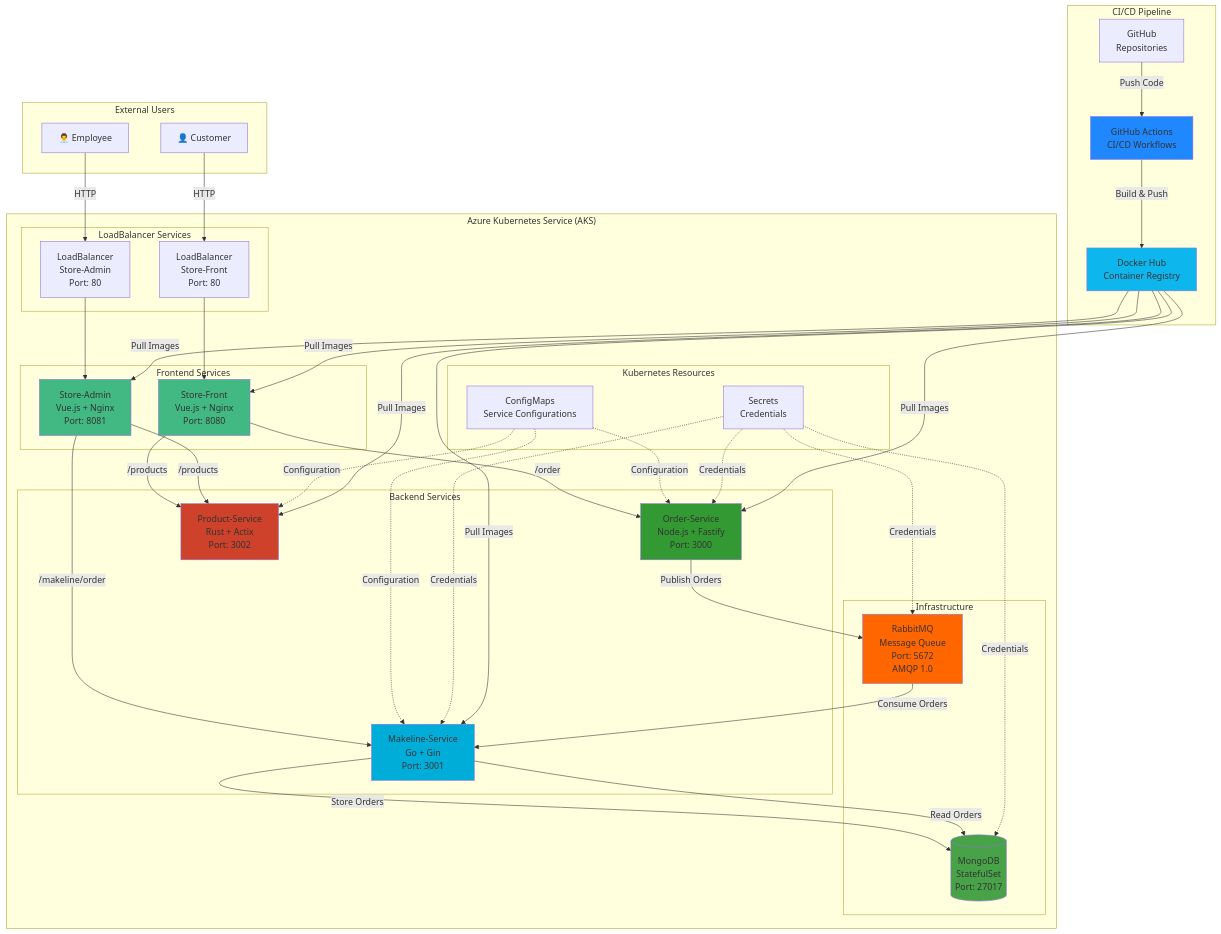
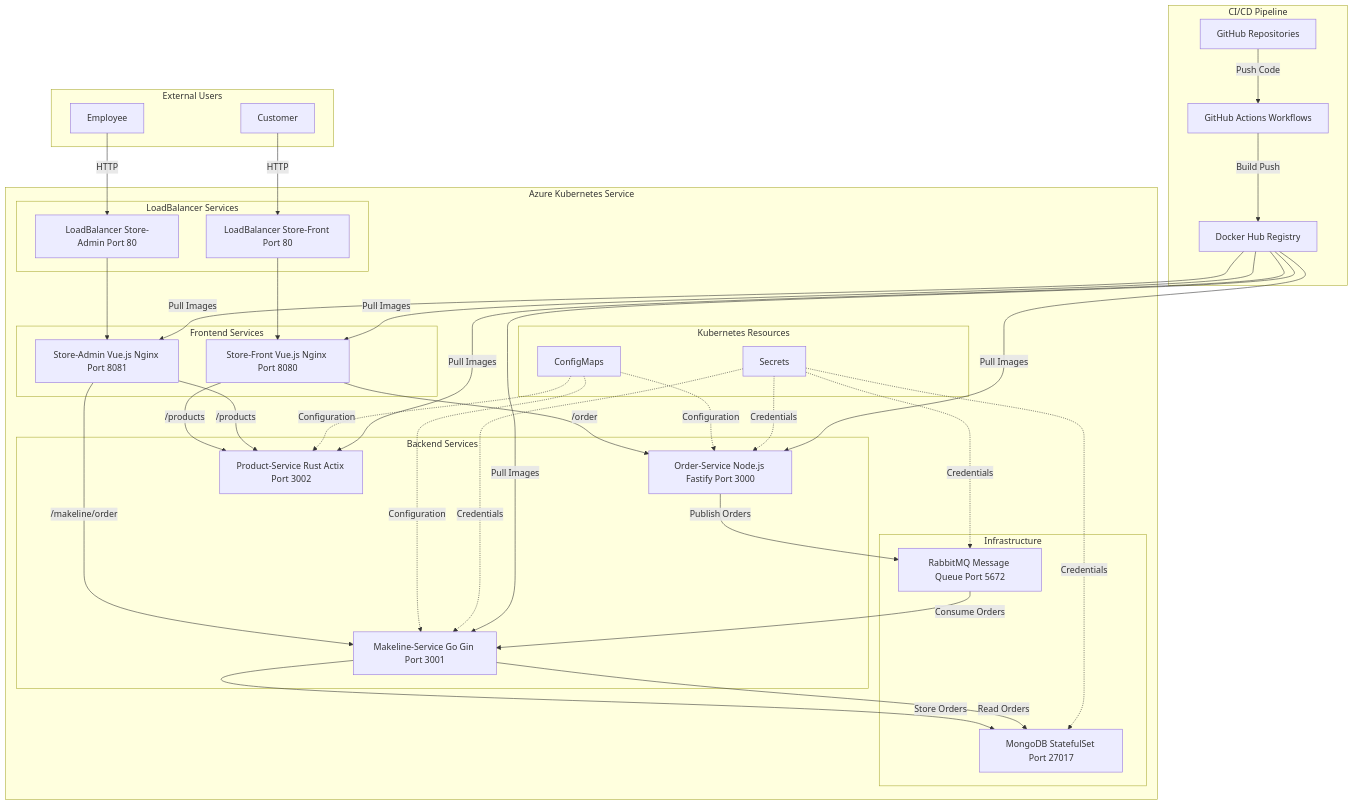
Before and after one commit to nada0038/Best-Buy: the diagram in architecture-diagram.md, drawn with Mermaid. The commit also changed other lines of this file and 6 other files, not shown here.

Commit message:
Update README with lab project requirements, simplify architecture diagram, and fix RabbitMQ deployment

````diff
--- a/architecture-diagram.md
+++ b/architecture-diagram.md
@@ -5,82 +3,72 @@
 ```mermaid
 graph TB
     subgraph "External Users"
-        Customer[👤 Customer]
-        Employee[👨‍💼 Employee]
+        Customer[Customer]
+        Employee[Employee]
     end
 
-    subgraph "Azure Kubernetes Service (AKS)"
+    subgraph "Azure Kubernetes Service"
         subgraph "LoadBalancer Services"
-            LB_Front[LoadBalancer<br/>Store-Front<br/>Port: 80]
-            LB_Admin[LoadBalancer<br/>Store-Admin<br/>Port: 80]
+            LB_Front[LoadBalancer Store-Front Port 80]
+            LB_Admin[LoadBalancer Store-Admin Port 80]
         end
 
         subgraph "Frontend Services"
-            StoreFront[Store-Front<br/>Vue.js + Nginx<br/>Port: 8080]
-            StoreAdmin[Store-Admin<br/>Vue.js + Nginx<br/>Port: 8081]
+            StoreFront[Store-Front Vue.js Nginx Port 8080]
+            StoreAdmin[Store-Admin Vue.js Nginx Port 8081]
         end
 
         subgraph "Backend Services"
-            OrderService[Order-Service<br/>Node.js + Fastify<br/>Port: 3000]
-            ProductService[Product-Service<br/>Rust + Actix<br/>Port: 3002]
-            MakelineService[Makeline-Service<br/>Go + Gin<br/>Port: 3001]
+            OrderService[Order-Service Node.js Fastify Port 3000]
+            ProductService[Product-Service Rust Actix Port 3002]
+            MakelineService[Makeline-Service Go Gin Port 3001]
         end
 
         subgraph "Infrastructure"
-            RabbitMQ[RabbitMQ<br/>Message Queue<br/>Port: 5672<br/>AMQP 1.0]
-            MongoDB[(MongoDB<br/>StatefulSet<br/>Port: 27017)]
+            RabbitMQ[RabbitMQ Message Queue Port 5672]
+            MongoDB[MongoDB StatefulSet Port 27017]
         end
 
         subgraph "Kubernetes Resources"
-            ConfigMaps[ConfigMaps<br/>Service Configurations]
-            Secrets[Secrets<br/>Credentials]
+            ConfigMaps[ConfigMaps]
+            Secrets[Secrets]
         end
     end
 
     subgraph "CI/CD Pipeline"
-        GitHub[GitHub<br/>Repositories]
-        GitHubActions[GitHub Actions<br/>CI/CD Workflows]
-        DockerHub[Docker Hub<br/>Container Registry]
+        GitHub[GitHub Repositories]
+        GitHubActions[GitHub Actions Workflows]
+        DockerHub[Docker Hub Registry]
     end
 
     Customer -->|HTTP| LB_Front
     Employee -->|HTTP| LB_Admin
     LB_Front --> StoreFront
     LB_Admin --> StoreAdmin
 
     StoreFront -->|/products| ProductService
     StoreFront -->|/order| OrderService
     StoreAdmin -->|/products| ProductService
     StoreAdmin -->|/makeline/order| MakelineService
 
     OrderService -->|Publish Orders| RabbitMQ
     RabbitMQ -->|Consume Orders| MakelineService
     MakelineService -->|Store Orders| MongoDB
     MakelineService -->|Read Orders| MongoDB
 
     ConfigMaps -.->|Configuration| OrderService
     ConfigMaps -.->|Configuration| ProductService
     ConfigMaps -.->|Configuration| MakelineService
     Secrets -.->|Credentials| MongoDB
     Secrets -.->|Credentials| RabbitMQ
     Secrets -.->|Credentials| OrderService
     Secrets -.->|Credentials| MakelineService
 
     GitHub -->|Push Code| GitHubActions
-    GitHubActions -->|Build & Push| DockerHub
+    GitHubActions -->|Build Push| DockerHub
     DockerHub -->|Pull Images| OrderService
     DockerHub -->|Pull Images| ProductService
     DockerHub -->|Pull Images| MakelineService
     DockerHub -->|Pull Images| StoreFront
     DockerHub -->|Pull Images| StoreAdmin
-
-    style StoreFront fill:#42b883
-    style StoreAdmin fill:#42b883
-    style OrderService fill:#339933
-    style ProductService fill:#ce412b
-    style MakelineService fill:#00add8
-    style RabbitMQ fill:#ff6600
-    style MongoDB fill:#47a248
-    style GitHubActions fill:#2088ff
-    style DockerHub fill:#0db7ed
 ```
````
